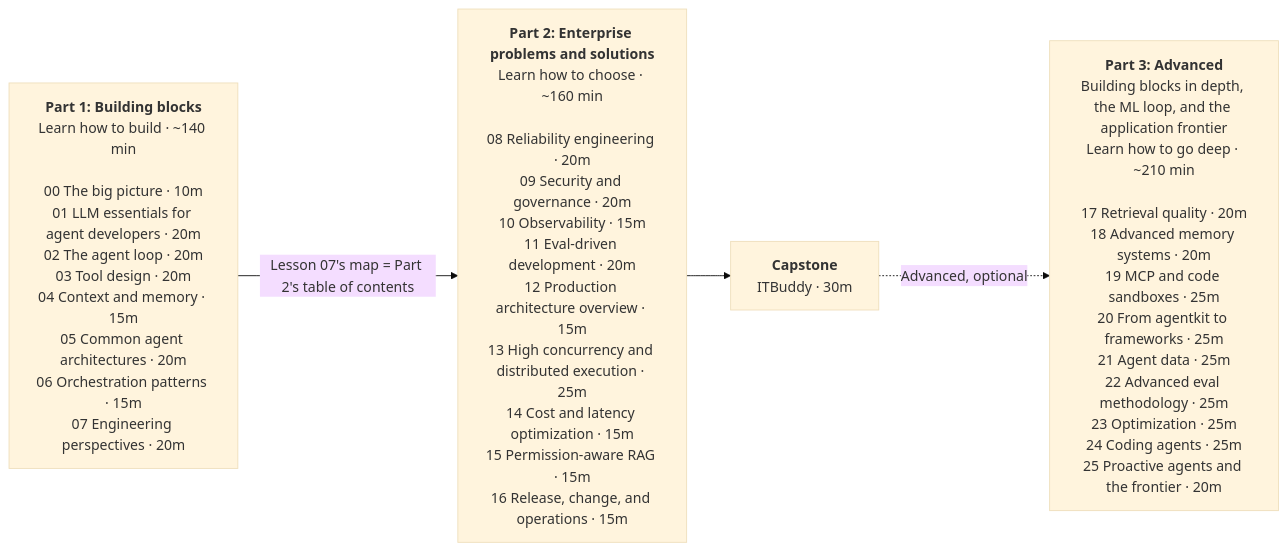
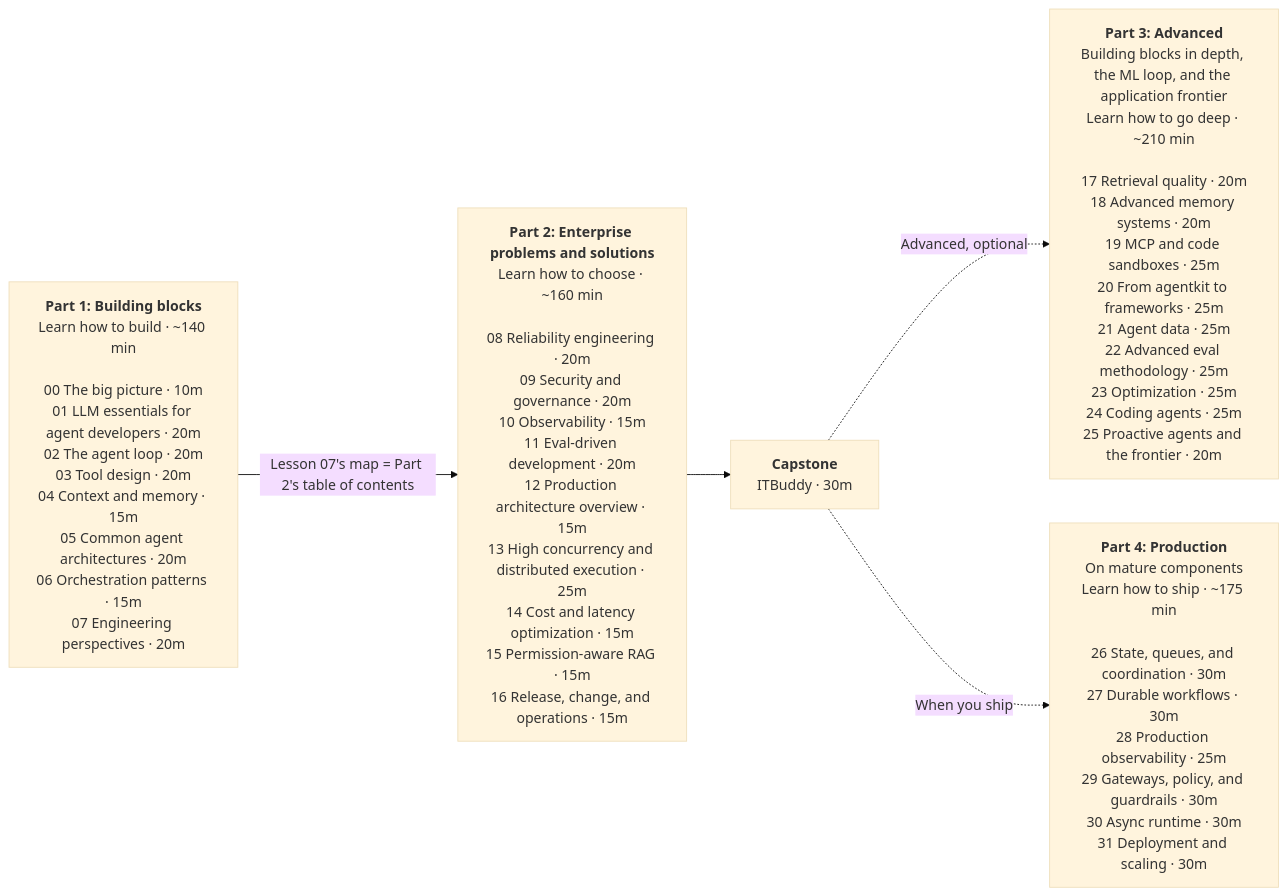
One commit to heaven999b/hello-agent-system changed the fifth of 5 diagrams in lessons/00_overview/README.en.md. Above: the diagram before and after it, drawn with Mermaid (base theme). The commit also changed other lines of this file and 21 other files, not shown here.

Commit message:
docs: integrate Part 4 into lesson 00 roadmap, quiz, lesson template, package docstrings, and cross-links from lessons 08/10/12/13/14/16 and capstone

````diff
--- a/lessons/00_overview/README.en.md
+++ b/lessons/00_overview/README.en.md
@@ -188,9 +196,11 @@
 ```mermaid
 flowchart LR
     P1["<b>Part 1: Building blocks</b><br/>Learn how to build · ~140 min<br/><br/>00 The big picture · 10m<br/>01 LLM essentials for agent developers · 20m<br/>02 The agent loop · 20m<br/>03 Tool design · 20m<br/>04 Context and memory · 15m<br/>05 Common agent architectures · 20m<br/>06 Orchestration patterns · 15m<br/>07 Engineering perspectives · 20m"]
     P2["<b>Part 2: Enterprise problems and solutions</b><br/>Learn how to choose · ~160 min<br/><br/>08 Reliability engineering · 20m<br/>09 Security and governance · 20m<br/>10 Observability · 15m<br/>11 Eval-driven development · 20m<br/>12 Production architecture overview · 15m<br/>13 High concurrency and distributed execution · 25m<br/>14 Cost and latency optimization · 15m<br/>15 Permission-aware RAG · 15m<br/>16 Release, change, and operations · 15m"]
     CP["<b>Capstone</b><br/>ITBuddy · 30m"]
     P3["<b>Part 3: Advanced</b><br/>Building blocks in depth, the ML loop, and the application frontier<br/>Learn how to go deep · ~210 min<br/><br/>17 Retrieval quality · 20m<br/>18 Advanced memory systems · 20m<br/>19 MCP and code sandboxes · 25m<br/>20 From agentkit to frameworks · 25m<br/>21 Agent data · 25m<br/>22 Advanced eval methodology · 25m<br/>23 Optimization · 25m<br/>24 Coding agents · 25m<br/>25 Proactive agents and the frontier · 20m"]
     P1 -->|"Lesson 07's map = Part 2's table of contents"| P2 --> CP
+    P4["<b>Part 4: Production</b><br/>On mature components<br/>Learn how to ship · ~175 min<br/><br/>26 State, queues, and coordination · 30m<br/>27 Durable workflows · 30m<br/>28 Production observability · 25m<br/>29 Gateways, policy, and guardrails · 30m<br/>30 Async runtime · 30m<br/>31 Deployment and scaling · 30m"]
     CP -.->|"Advanced, optional"| P3
+    CP -.->|"When you ship"| P4
 ```
````
